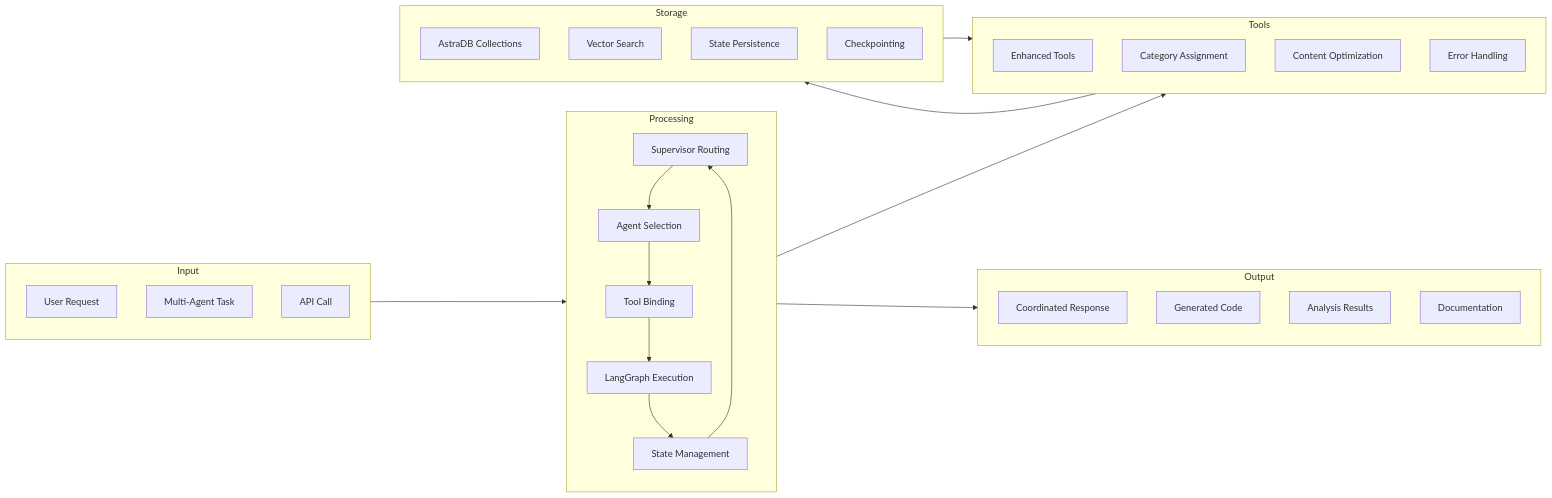
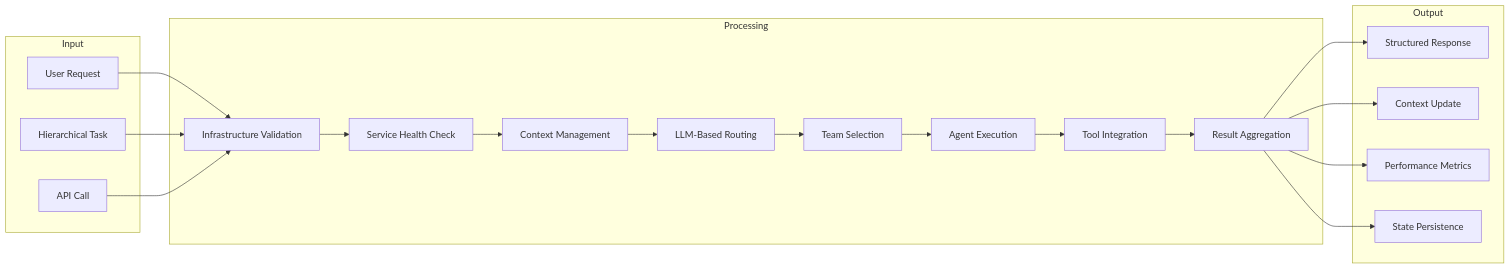
One commit to thependalorian/code_hero changed the fifth of 5 diagrams in ARCHITECTURE.md. Above: the diagram before and after it, drawn with Mermaid. The commit also changed other lines of this file and 108 other files, not shown here.

Commit message:
🚀 Major Enhancement: Devstral Integration, Code Quality & Production Build - Added Mistral Devstral 24B model, applied Black formatting, fixed TypeScript errors, enhanced document management, updated documentation, achieved production-ready build

````diff
--- a/ARCHITECTURE.md
+++ b/ARCHITECTURE.md
@@ -195,49 +353,43 @@
 ```mermaid
 flowchart LR
     subgraph Input
         A[User Request]
-        B[Multi-Agent Task]
+        B[Hierarchical Task]
         C[API Call]
     end
-
+    
     subgraph Processing
-        D[Supervisor Routing]
-        E[Agent Selection]
-        F[Tool Binding]
-        G[LangGraph Execution]
-        H[State Management]
-        
-        D --> E
-        E --> F
-        F --> G
-        G --> H
-        H --> D
+        D[Infrastructure Validation]
+        E[Service Health Check]
+        F[Context Management]
+        G[LLM-Based Routing]
+        H[Team Selection]
+        I[Agent Execution]
+        J[Tool Integration]
+        K[Result Aggregation]
     end
-
-    subgraph Tools
-        I[Enhanced Tools]
-        J[Category Assignment]
-        K[Content Optimization]
-        L[Error Handling]
+    
+    subgraph Output
+        L[Structured Response]
+        M[Context Update]
+        N[Performance Metrics]
+        O[State Persistence]
     end
-
-    subgraph Storage
-        M[AstraDB Collections]
-        N[Vector Search]
-        O[State Persistence]
-        P[Checkpointing]
-    end
-
-    subgraph Output
-        Q[Coordinated Response]
-        R[Generated Code]
-        S[Analysis Results]
-        T[Documentation]
-    end
-
-    Input --> Processing
-    Processing --> Tools
-    Tools --> Storage
-    Storage --> Tools
-    Processing --> Output
+    
+    A --> D
+    B --> D
+    C --> D
+    
+    D --> E
+    E --> F
+    F --> G
+    G --> H
+    H --> I
+    I --> J
+    J --> K
+    
+    K --> L
+    K --> M
+    K --> N
+    K --> O
 ```
````
